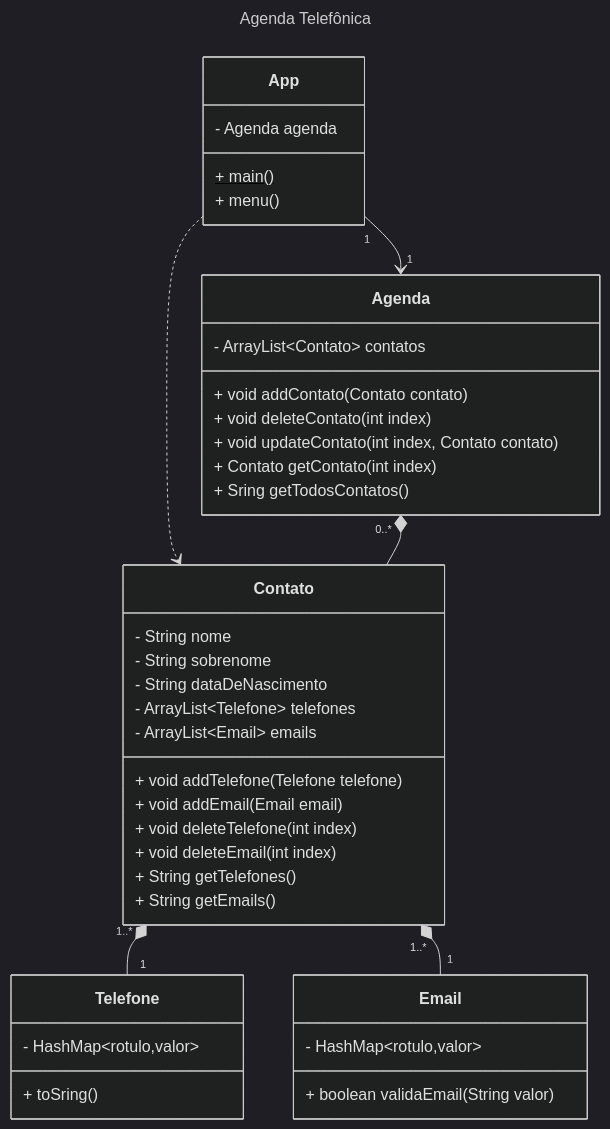
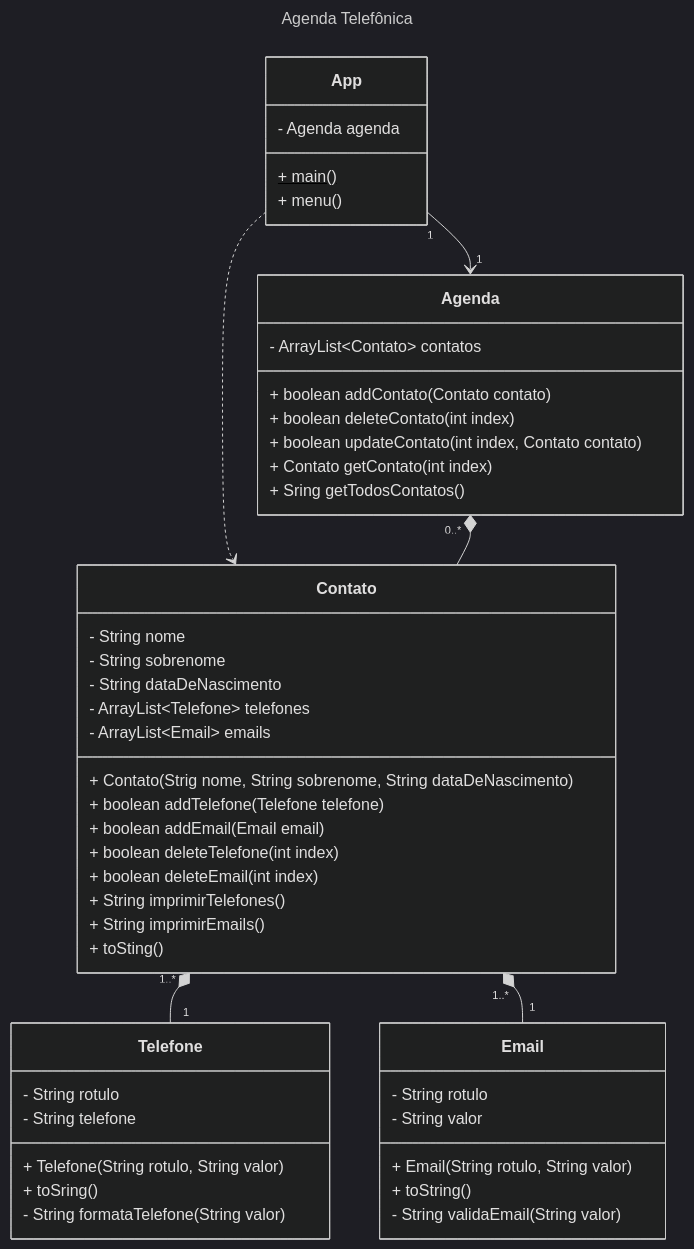
One commit to riedel-gabriela/opp1repo changed the diagram in aula-10/README.md. Above: the diagram before and after it, drawn with Mermaid (dark theme). The commit also changed 5 other files, not shown here.

````diff
--- a/aula-10/README.md
+++ b/aula-10/README.md
@@ -3,48 +3,56 @@
 ```mermaid
 ---
 title: Agenda Telefônica
 ---
 
 classDiagram
     App "1" --> "1" Agenda
     App ..> Contato
     Agenda "0..*" *-- Contato
     Contato "1..*" *-- "1" Telefone
     Contato "1..*" *-- "1" Email
     class App {
         - Agenda agenda
         + main()$
         + menu()
     }
     class Agenda {
         - ArrayList~Contato~ contatos
-        + void addContato(Contato contato)
-        + void deleteContato(int index)
-        + void updateContato(int index, Contato contato)
+        + boolean addContato(Contato contato)
+        + boolean deleteContato(int index)
+        + boolean updateContato(int index, Contato contato)
         + Contato getContato(int index)
         + Sring getTodosContatos()
     }
     class Contato {
         - String nome
         - String sobrenome
         - String dataDeNascimento
         - ArrayList~Telefone~ telefones
         - ArrayList~Email~ emails
-        + void addTelefone(Telefone telefone)
-        + void addEmail(Email email)
-        + void deleteTelefone(int index)
-        + void deleteEmail(int index)
-        + String getTelefones()
-        + String getEmails()
+        + Contato(Strig nome, String sobrenome, String dataDeNascimento)
+        + boolean addTelefone(Telefone telefone)
+        + boolean addEmail(Email email)
+        + boolean deleteTelefone(int index)
+        + boolean deleteEmail(int index)
+        + String imprimirTelefones()
+        + String imprimirEmails()
+        + toSting()
         
     }
     class Telefone {
-        - HashMap~rotulo,valor~
+        - String rotulo
+        - String telefone
+        + Telefone(String rotulo, String valor)
         + toSring()
+        - String formataTelefone(String valor)
     }
     class Email {
-        - HashMap~rotulo,valor~
-        + boolean validaEmail(String valor)
+        - String rotulo
+        - String valor
+        + Email(String rotulo, String valor)
+        + toString()
+        - String validaEmail(String valor)
     }
     
 ```
````
